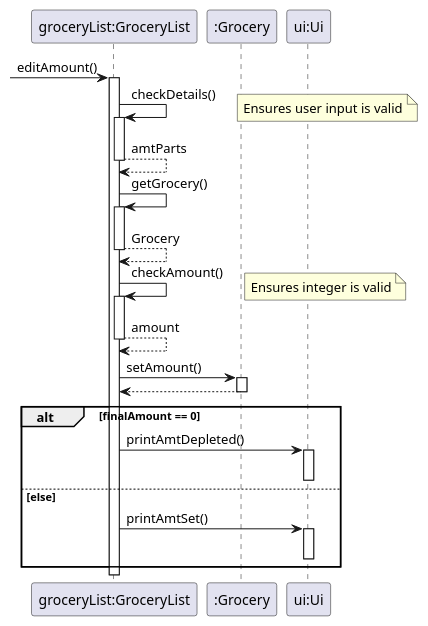
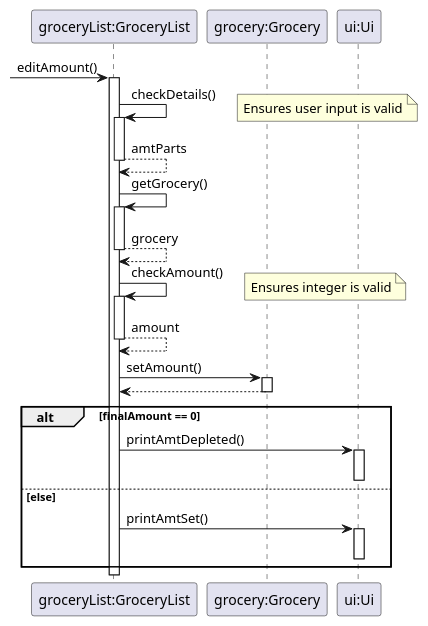
Before and after one commit to LuoYu-uwu/tp: the diagram in docs/diagrams/useAmt.puml, drawn with PlantUML. The commit also changed 11 other files, not shown here.

```diff
--- a/docs/diagrams/useAmt.puml
+++ b/docs/diagrams/useAmt.puml
@@ -1,42 +1,42 @@
 @startuml
 
 participant "groceryList:GroceryList" as gl
-participant ":Grocery" as g
+participant "grocery:Grocery" as g
 participant "ui:Ui" as ui
 
  -> gl : editAmount()
 activate gl
 
 gl -> gl : checkDetails()
 note right
 Ensures user input is valid
 end note
 activate gl
 return amtParts
 
 gl -> gl : getGrocery()
 activate gl
-return Grocery
+return grocery
 
 gl -> gl : checkAmount()
 note right
 Ensures integer is valid
 end note
 activate gl
 return amount
 
 gl -> g : setAmount()
 activate g
 return
 
 alt finalAmount == 0
     gl -> ui : printAmtDepleted()
     activate ui
     deactivate ui
 else else
     gl -> ui : printAmtSet()
     activate ui
     deactivate ui
 end
 
 @enduml
```
